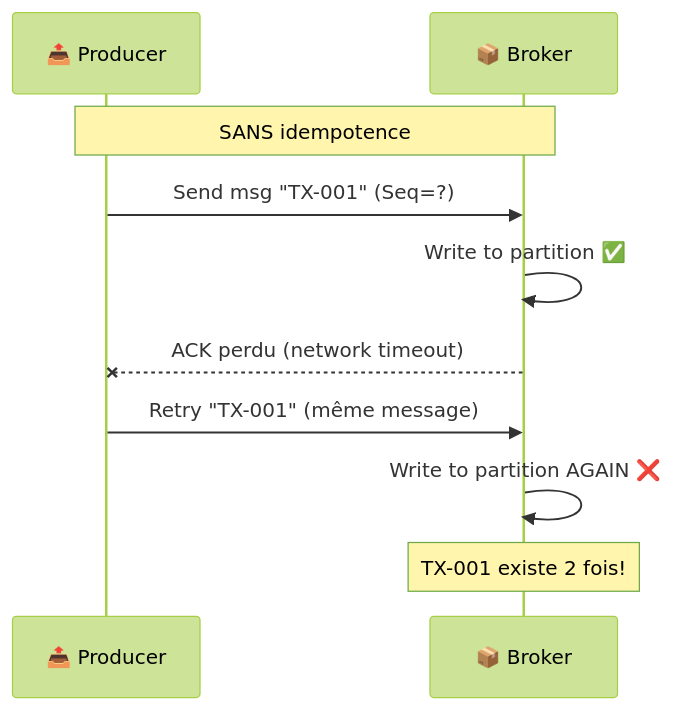
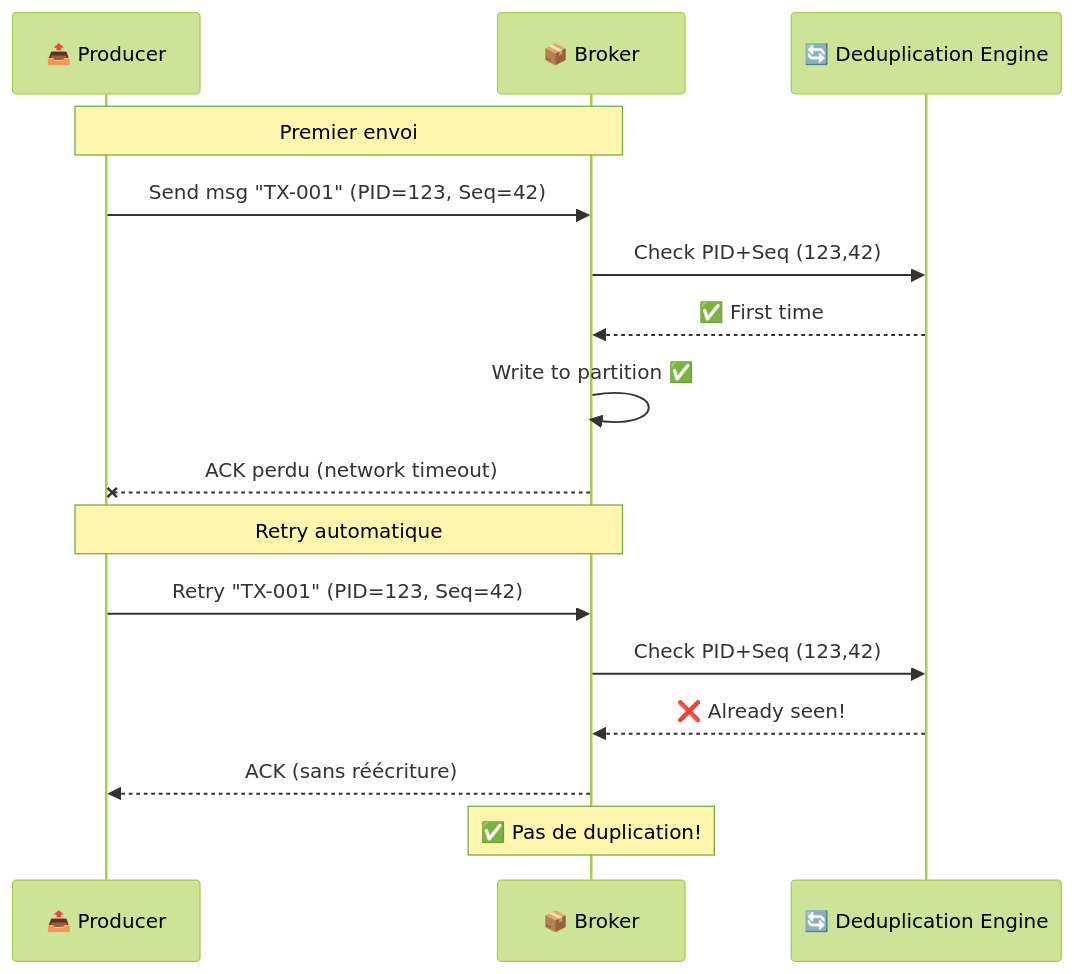
Before and after one commit to msellamiTN/formation--kafka-dotnet: the fifth of 6 diagrams in day-02-development/module-04-advanced-patterns/lab-2.2-producer-advanced/README.md, drawn with Mermaid (forest theme). The commit also changed other lines of this file and 1 other file, not shown here.

First line of the commit message:
docs: Restructure lab 2.1a with comprehensive serialization guide, add V1/V2 schema evolution, sequence diagrams, and step-by-step implementation

````diff
--- a/day-02-development/module-04-advanced-patterns/lab-2.2-producer-advanced/README.md
+++ b/day-02-development/module-04-advanced-patterns/lab-2.2-producer-advanced/README.md
@@ -37,13 +307,20 @@
 ```mermaid
 sequenceDiagram
     participant P as 📤 Producer
     participant B as 📦 Broker
+    participant Dedup as 🔄 Deduplication Engine
 
-    Note over P,B: SANS idempotence
-    P->>B: Send msg "TX-001" (Seq=?)
+    Note over P,B: Premier envoi
+    P->>B: Send msg "TX-001" (PID=123, Seq=42)
+    B->>Dedup: Check PID+Seq (123,42)
+    Dedup-->>B: ✅ First time
     B->>B: Write to partition ✅
     B--xP: ACK perdu (network timeout)
-    P->>B: Retry "TX-001" (même message)
-    B->>B: Write to partition AGAIN ❌
-    Note over B: TX-001 existe 2 fois!
+
+    Note over P,B: Retry automatique
+    P->>B: Retry "TX-001" (PID=123, Seq=42)
+    B->>Dedup: Check PID+Seq (123,42)
+    Dedup-->>B: ❌ Already seen!
+    B-->>P: ACK (sans réécriture)
+    Note over B: ✅ Pas de duplication!
 ```
````
